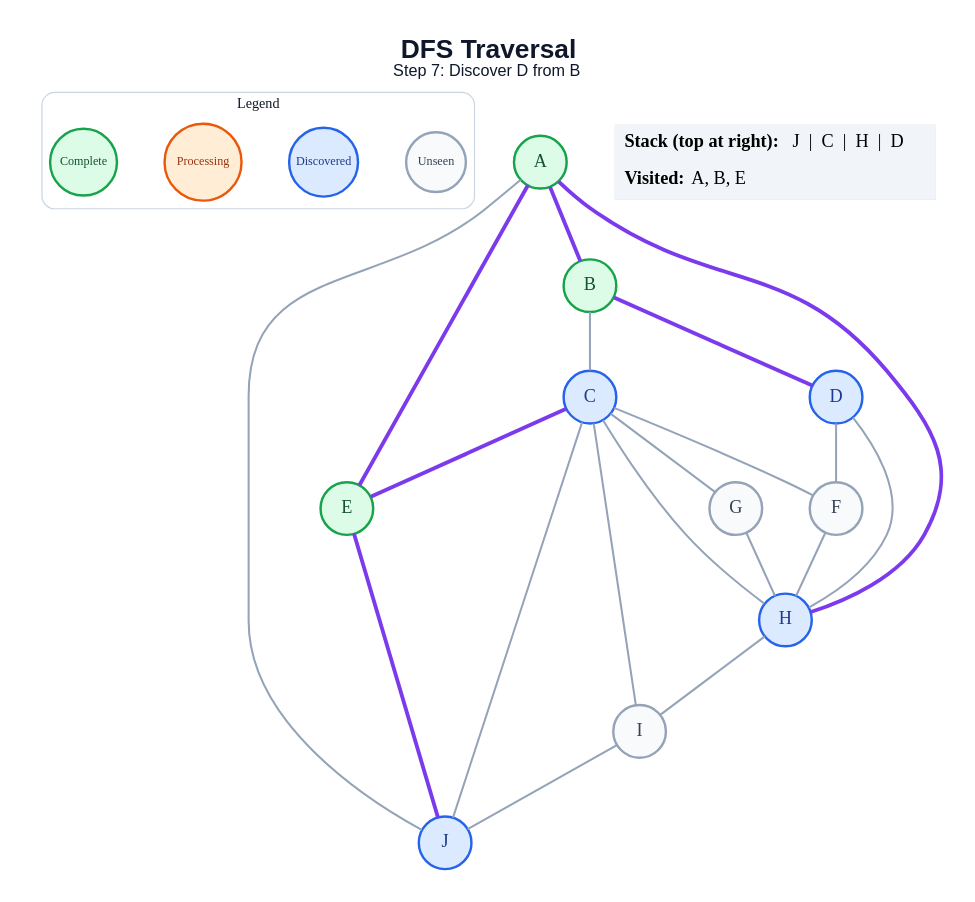
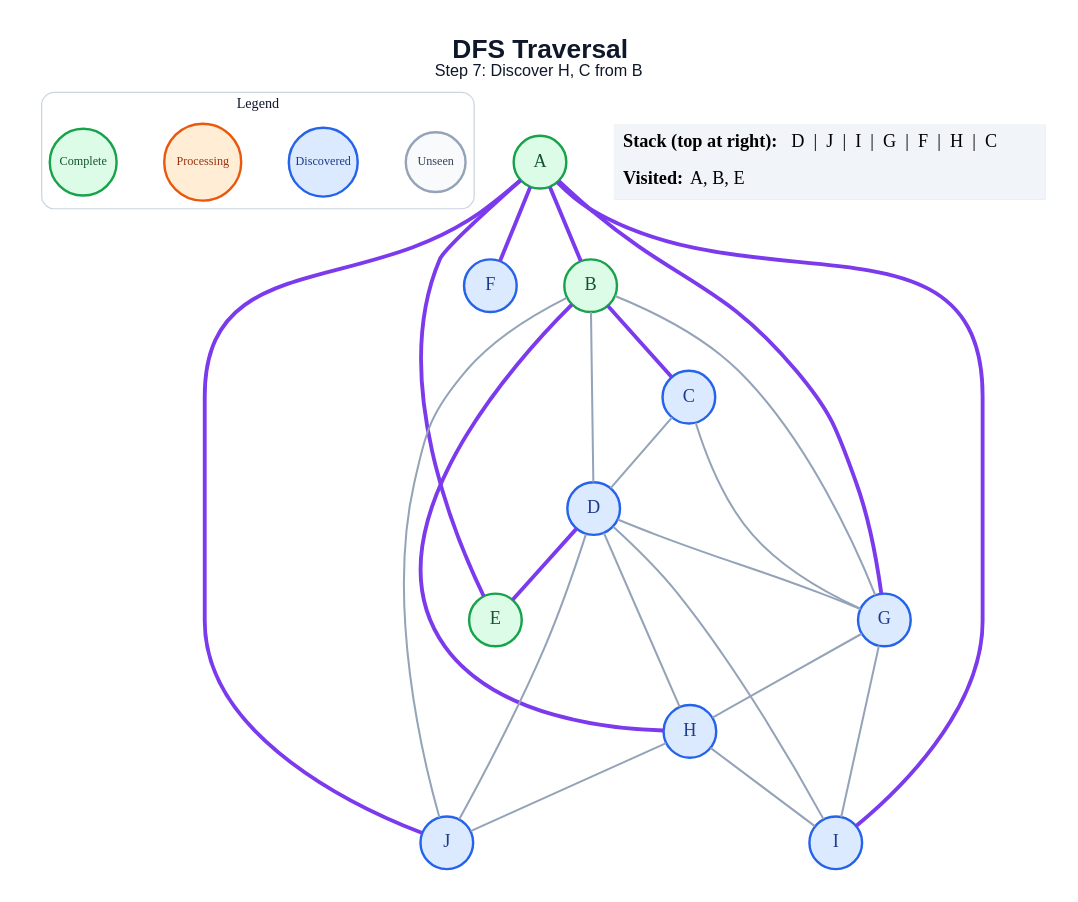
Before and after one commit to amanghodawala9/ai-slop: the diagram in generated/specific-node/dfs/step_07.dot, drawn with Graphviz. The commit also changed 178 other files, not shown here.

```diff
--- a/generated/specific-node/dfs/step_07.dot
+++ b/generated/specific-node/dfs/step_07.dot
@@ -1,48 +1,51 @@
 graph traversal {
   graph [layout=dot, rankdir=TB, bgcolor="#FFFFFF", pad="0.35", nodesep="0.65", ranksep="0.8", fontname="Arial"];
   node [shape=circle, style="filled", fontname="Arial Bold", fontsize=18, width=0.72, fixedsize=true, penwidth=2.4];
   edge [color="#94A3B8", penwidth=2.0];
-  label=<<B>DFS Traversal</B><BR/><FONT POINT-SIZE="16">Step 7: Discover D from B</FONT>>; labelloc="t"; fontsize=26; fontname="Arial"; fontcolor="#0F172A";
+  label=<<B>DFS Traversal</B><BR/><FONT POINT-SIZE="16">Step 7: Discover H, C from B</FONT>>; labelloc="t"; fontsize=26; fontname="Arial"; fontcolor="#0F172A";
   subgraph cluster_legend { label="Legend"; color="#CBD5E1"; penwidth=1.2; style="rounded"; fontsize=14; fontname="Arial Bold";
     key_unseen [label="Unseen", fillcolor="#F8FAFC", color="#94A3B8", fontcolor="#334155", fontsize=12, width=0.82];
     key_frontier [label="Discovered", fillcolor="#DBEAFE", color="#2563EB", fontcolor="#1E3A8A", fontsize=12, width=0.95];
     key_current [label="Processing", fillcolor="#FFEDD5", color="#EA580C", fontcolor="#9A3412", fontsize=12, width=1.05];
     key_done [label="Complete", fillcolor="#DCFCE7", color="#16A34A", fontcolor="#14532D", fontsize=12, width=0.92];
     { rank=same; key_unseen; key_frontier; key_current; key_done; }
   }
   A [fillcolor="#DCFCE7", color="#16A34A", fontcolor="#14532D"];
   B [fillcolor="#DCFCE7", color="#16A34A", fontcolor="#14532D"];
   C [fillcolor="#DBEAFE", color="#2563EB", fontcolor="#1E3A8A"];
   D [fillcolor="#DBEAFE", color="#2563EB", fontcolor="#1E3A8A"];
   E [fillcolor="#DCFCE7", color="#16A34A", fontcolor="#14532D"];
-  F [fillcolor="#F8FAFC", color="#94A3B8", fontcolor="#334155"];
-  G [fillcolor="#F8FAFC", color="#94A3B8", fontcolor="#334155"];
+  F [fillcolor="#DBEAFE", color="#2563EB", fontcolor="#1E3A8A"];
+  G [fillcolor="#DBEAFE", color="#2563EB", fontcolor="#1E3A8A"];
   H [fillcolor="#DBEAFE", color="#2563EB", fontcolor="#1E3A8A"];
-  I [fillcolor="#F8FAFC", color="#94A3B8", fontcolor="#334155"];
+  I [fillcolor="#DBEAFE", color="#2563EB", fontcolor="#1E3A8A"];
   J [fillcolor="#DBEAFE", color="#2563EB", fontcolor="#1E3A8A"];
   A -- B [color="#7C3AED", penwidth=3.8];
   A -- E [color="#7C3AED", penwidth=3.8];
-  A -- H [color="#7C3AED", penwidth=3.8];
-  A -- J;
-  B -- C;
-  B -- D [color="#7C3AED", penwidth=3.8];
-  C -- E [color="#7C3AED", penwidth=3.8];
-  C -- F;
+  A -- F [color="#7C3AED", penwidth=3.8];
+  A -- G [color="#7C3AED", penwidth=3.8];
+  A -- I [color="#7C3AED", penwidth=3.8];
+  A -- J [color="#7C3AED", penwidth=3.8];
+  B -- C [color="#7C3AED", penwidth=3.8];
+  B -- D;
+  B -- G;
+  B -- H [color="#7C3AED", penwidth=3.8];
+  B -- J;
+  C -- D;
   C -- G;
-  C -- H;
-  C -- I;
-  C -- J;
-  D -- F;
+  D -- E [color="#7C3AED", penwidth=3.8];
+  D -- G;
   D -- H;
-  E -- J [color="#7C3AED", penwidth=3.8];
-  F -- H;
+  D -- I;
+  D -- J;
   G -- H;
+  G -- I;
   H -- I;
-  I -- J;
+  H -- J;
   status [shape=plain, fixedsize=false, width=0, height=0, margin=0, label=<
     <TABLE BORDER="0" CELLBORDER="0" CELLPADDING="7" BGCOLOR="#F1F5F9">
-      <TR><TD ALIGN="LEFT"><B>Stack (top at right):</B> J  |  C  |  H  |  D</TD></TR>
+      <TR><TD ALIGN="LEFT"><B>Stack (top at right):</B> D  |  J  |  I  |  G  |  F  |  H  |  C</TD></TR>
       <TR><TD ALIGN="LEFT"><B>Visited:</B> A, B, E</TD></TR>
     </TABLE>
   >];
 }
```
